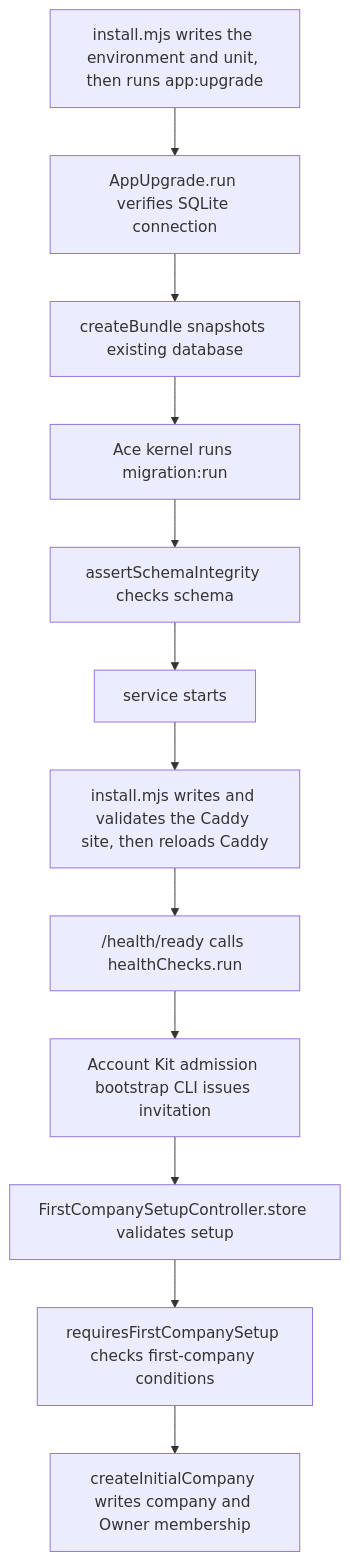
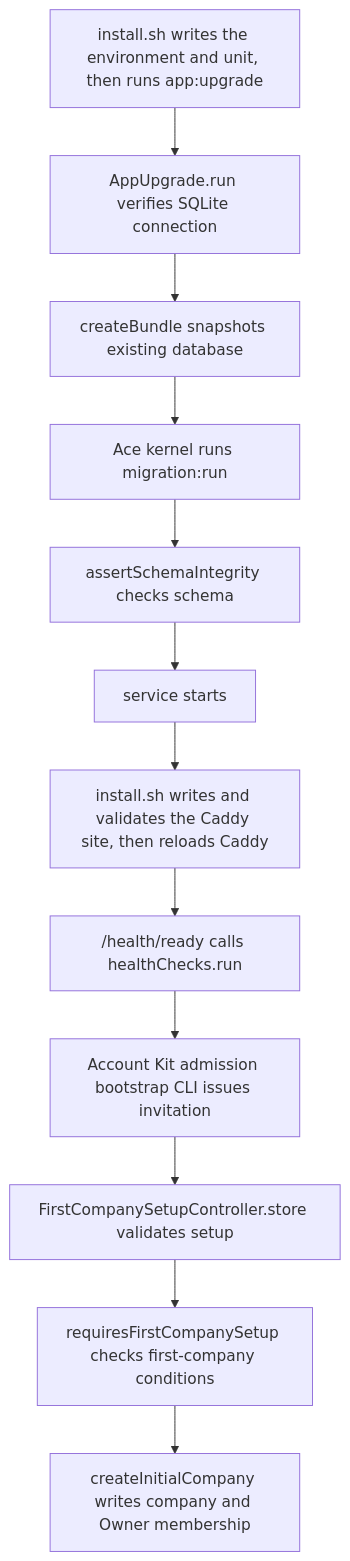
Before and after one commit to Kevinjohn/capacitylens: the second of 2 diagrams in user-stories/installation/US-INS-01-install-one-agency.md, drawn with Mermaid. The commit also changed other lines of this file and 16 other files, not shown here.

````diff
--- a/user-stories/installation/US-INS-01-install-one-agency.md
+++ b/user-stories/installation/US-INS-01-install-one-agency.md
@@ -37,14 +37,14 @@
 ```mermaid
 flowchart TD
-  installer["install.mjs writes the environment and unit, then runs app:upgrade"] --> upgrade["AppUpgrade.run verifies SQLite connection"]
+  installer["install.sh writes the environment and unit, then runs app:upgrade"] --> upgrade["AppUpgrade.run verifies SQLite connection"]
   upgrade --> backup["createBundle snapshots existing database"]
   backup --> migrate["Ace kernel runs migration:run"]
   migrate --> integrity["assertSchemaIntegrity checks schema"]
   integrity --> service["service starts"]
-  service --> caddy["install.mjs writes and validates the Caddy site, then reloads Caddy"]
+  service --> caddy["install.sh writes and validates the Caddy site, then reloads Caddy"]
   caddy --> ready["/health/ready calls healthChecks.run"]
   ready --> bootstrap["Account Kit admission bootstrap CLI issues invitation"]
   bootstrap --> browser["FirstCompanySetupController.store validates setup"]
   browser --> guard["requiresFirstCompanySetup checks first-company conditions"]
   guard --> create["createInitialCompany writes company and Owner membership"]
 ```
````
